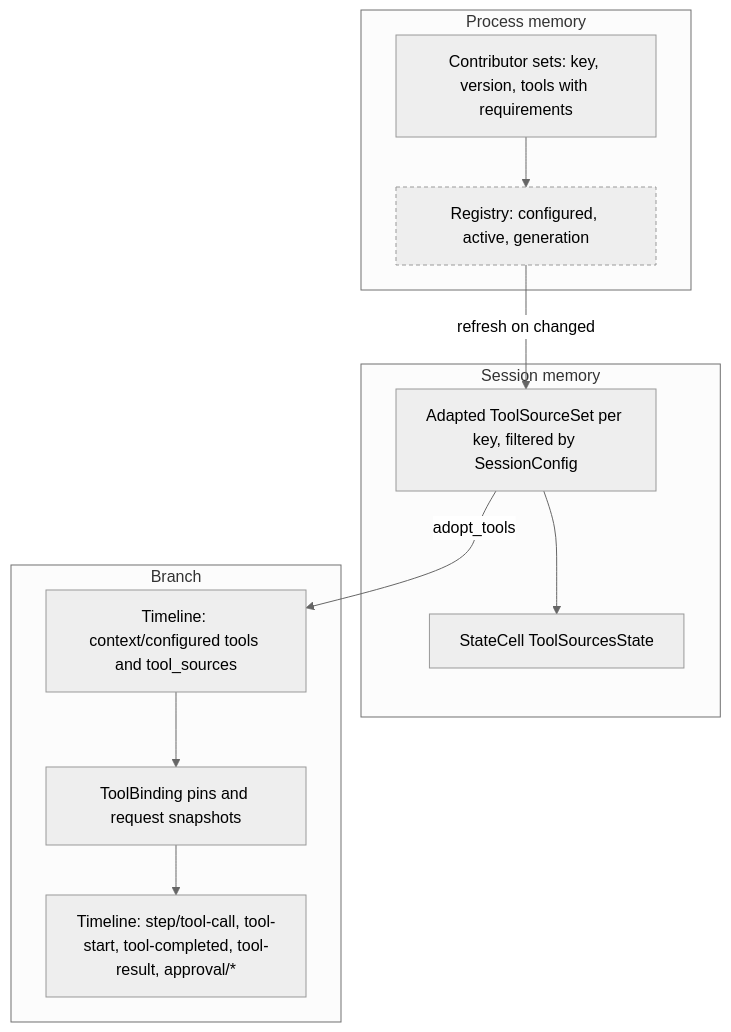
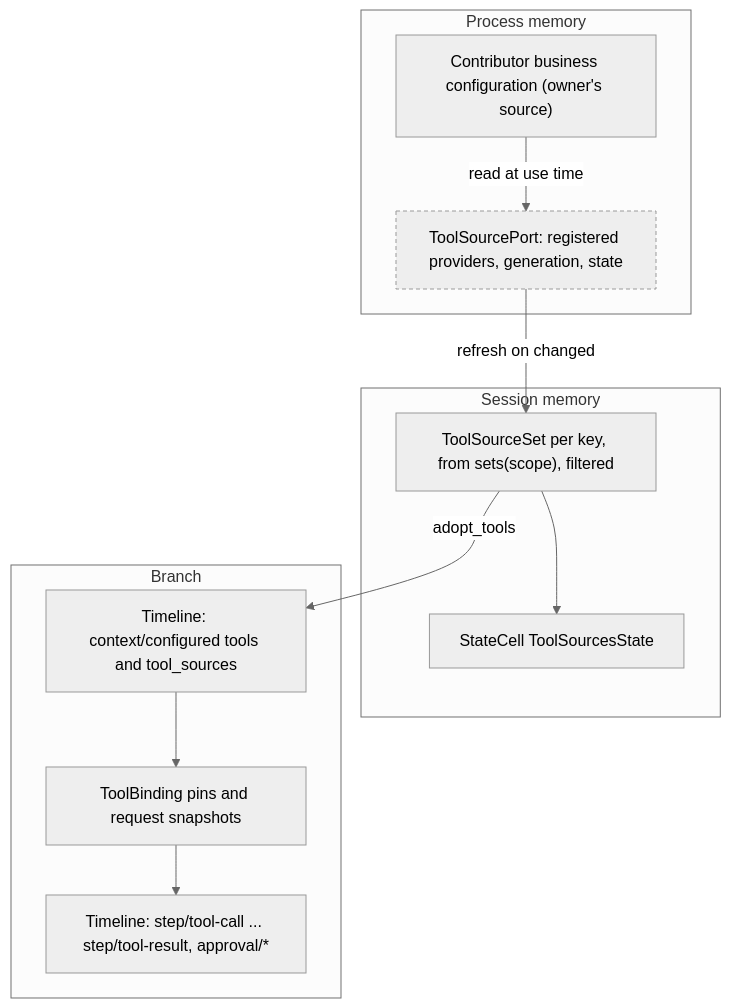
Before and after one commit to CoutinhoTTS/dim-agent: the second of 6 diagrams in docs/design/contracts/process-tool-contribution.md, drawn with Mermaid (neutral theme). The commit also changed other lines of this file and 4 other files, not shown here.

````diff
--- a/docs/design/contracts/process-tool-contribution.md
+++ b/docs/design/contracts/process-tool-contribution.md
@@ -60,23 +69,23 @@
 ```mermaid
 flowchart TB
   subgraph PROCS["Process memory"]
-    Sets["Contributor sets: key, version, tools with requirements"]
-    Reg["Registry: configured, active, generation"]:::contract
+    Reg["ToolSourcePort: registered providers, generation, state"]:::contract
+    Biz["Contributor business configuration (owner's source)"]
   end
   subgraph SESSS["Session memory"]
-    Adapted["Adapted ToolSourceSet per key, filtered by SessionConfig"]
+    Adapted["ToolSourceSet per key, from sets(scope), filtered"]
     TSS["StateCell ToolSourcesState"]
   end
   subgraph BRS["Branch"]
     Pins["ToolBinding pins and request snapshots"]
     CC["Timeline: context/configured tools and tool_sources"]
-    Calls["Timeline: step/tool-call, tool-start, tool-completed, tool-result, approval/*"]
+    Calls["Timeline: step/tool-call ... step/tool-result, approval/*"]
   end
-  Sets --> Reg
+  Biz -->|"read at use time"| Reg
   Reg -->|"refresh on changed"| Adapted
   Adapted --> TSS
   Adapted -->|"adopt_tools"| CC
   CC --> Pins
   Pins --> Calls
   classDef contract stroke-dasharray:4 3
 ```
````
